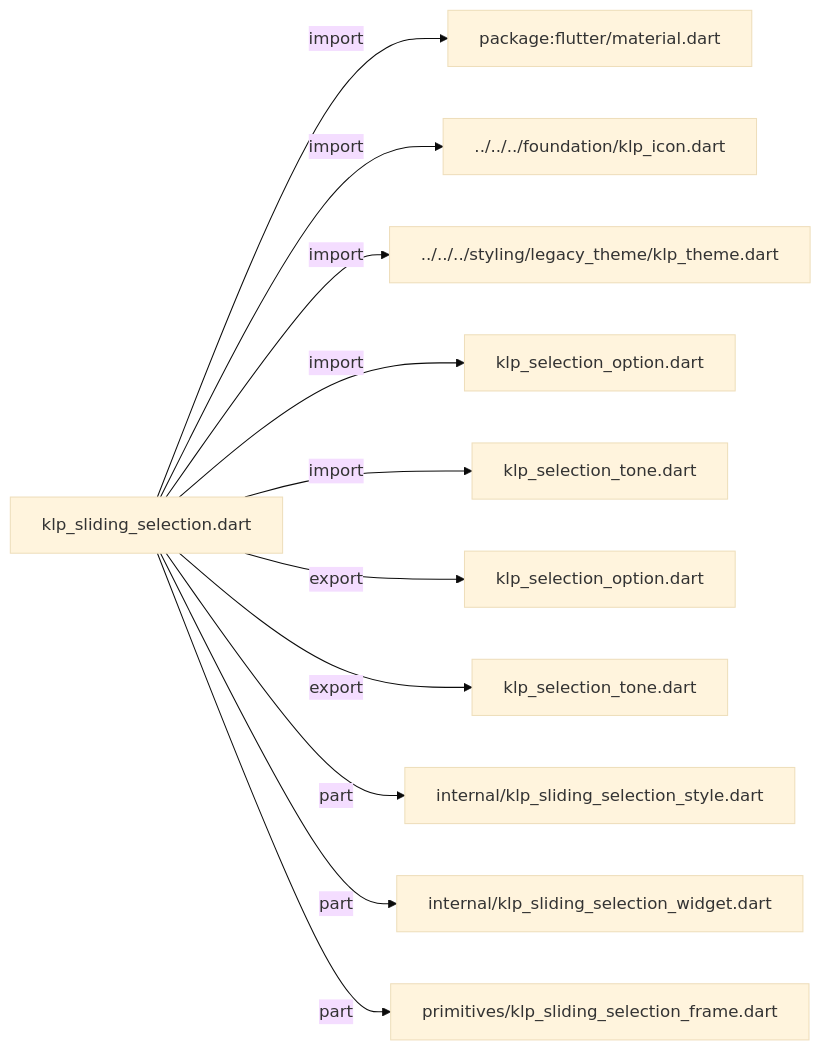
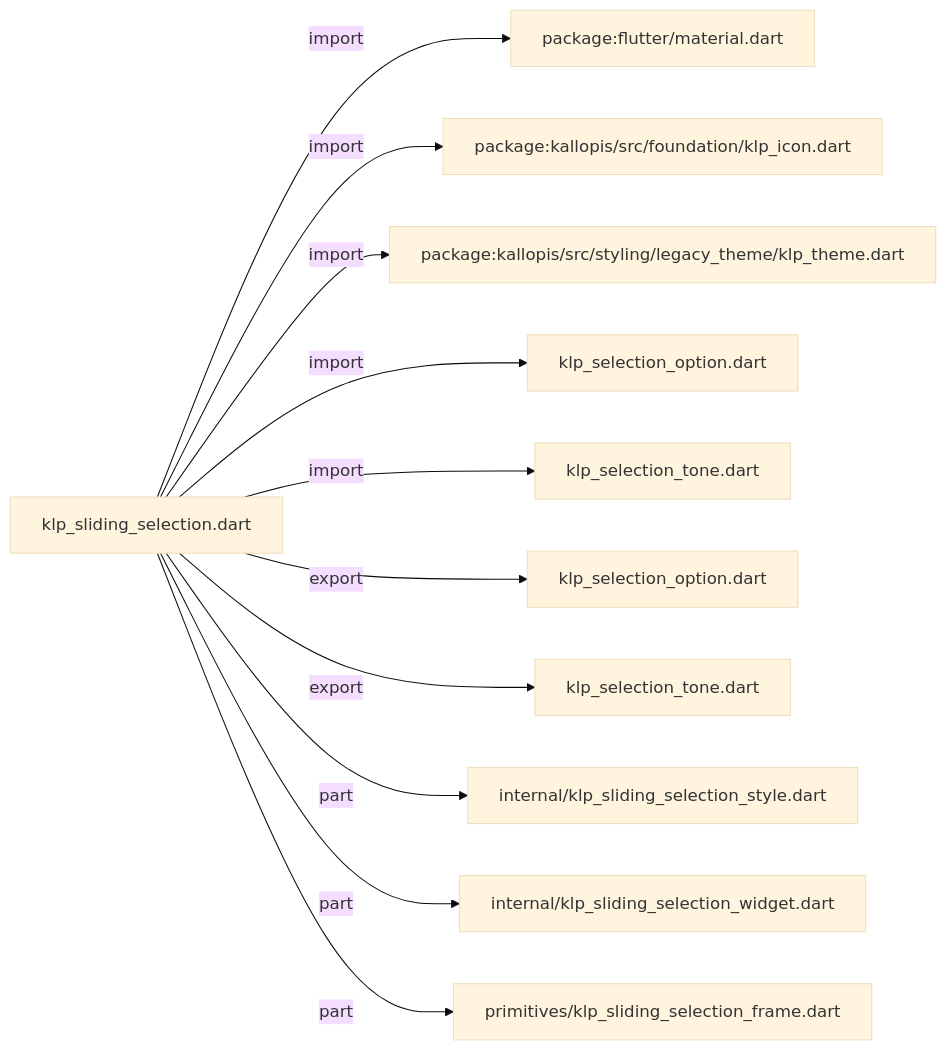
One commit to MiuDog/Kallopis changed the diagram in docs/architecture/src/features/forms/selection/klp_sliding_selection.md. Above: the diagram before and after it, drawn with Mermaid (base theme). The commit also changed other lines of this file and 9688 other files, not shown here.

Commit message:
Prepare isolated Flow F2 peer baseline

````diff
--- a/docs/architecture/src/features/forms/selection/klp_sliding_selection.md
+++ b/docs/architecture/src/features/forms/selection/klp_sliding_selection.md
@@ -11,24 +11,24 @@
 ```mermaid
 flowchart LR
 	n0["klp_sliding_selection.dart"]
 	n1["package:flutter/material.dart"]
-	n2["../../../foundation/klp_icon.dart"]
-	n3["../../../styling/legacy_theme/klp_theme.dart"]
+	n2["package:kallopis/src/foundation/klp_icon.dart"]
+	n3["package:kallopis/src/styling/legacy_theme/klp_theme.dart"]
 	n4["klp_selection_option.dart"]
 	n5["klp_selection_tone.dart"]
 	n6["klp_selection_option.dart"]
 	n7["klp_selection_tone.dart"]
 	n8["internal/klp_sliding_selection_style.dart"]
 	n9["internal/klp_sliding_selection_widget.dart"]
 	n10["primitives/klp_sliding_selection_frame.dart"]
 	n0 -->|"import"| n1
 	n0 -->|"import"| n2
 	n0 -->|"import"| n3
 	n0 -->|"import"| n4
 	n0 -->|"import"| n5
 	n0 -->|"export"| n6
 	n0 -->|"export"| n7
 	n0 -->|"part"| n8
 	n0 -->|"part"| n9
 	n0 -->|"part"| n10
 ```
````
